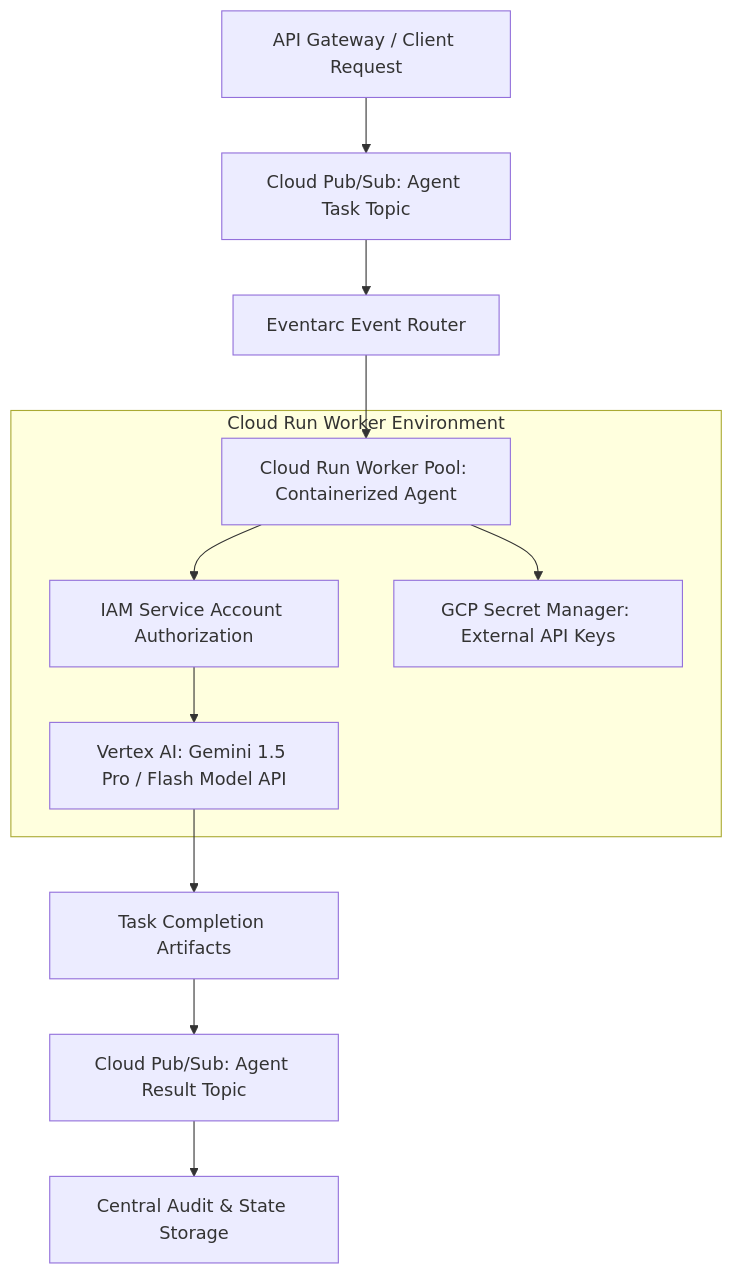
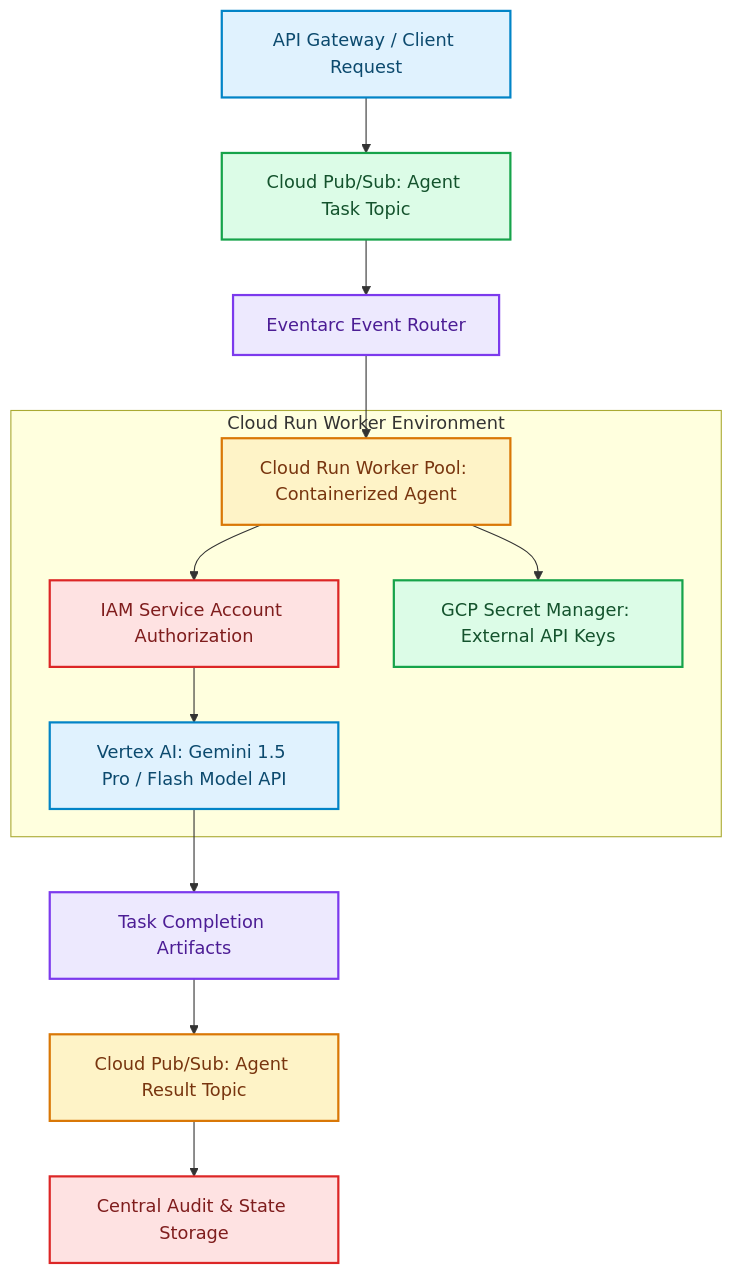
The diagram in blog/posts/gcp-enterprise-agentic-engineering-vertex-ai-cloud-run-eventarc.md (akmalkhaniub/akmalkhaniub.github.io), drawn with Mermaid before and after one commit. The commit also changed other lines of this file and 1291 other files, not shown here.

First line of the commit message:
feat(catalog): unique covers, scholarly references, and diagram palettes

````diff
--- a/blog/posts/gcp-enterprise-agentic-engineering-vertex-ai-cloud-run-eventarc.md
+++ b/blog/posts/gcp-enterprise-agentic-engineering-vertex-ai-cloud-run-eventarc.md
@@ -17,16 +17,27 @@
 ```mermaid
 flowchart TD
-  A[API Gateway / Client Request] --> B[Cloud Pub/Sub: Agent Task Topic]
-  B --> C[Eventarc Event Router]
-  C --> D[Cloud Run Worker Pool: Containerized Agent]
+  A["API Gateway / Client Request"] --> B["Cloud Pub/Sub: Agent Task Topic"]
+  B --> C["Eventarc Event Router"]
+  C --> D["Cloud Run Worker Pool: Containerized Agent"]
   
   subgraph SG1_CloudRunWorker ["Cloud Run Worker Environment"]
-    D --> E[IAM Service Account Authorization]
-    E --> F[Vertex AI: Gemini 1.5 Pro / Flash Model API]
-    D --> G[GCP Secret Manager: External API Keys]
+    D --> E["IAM Service Account Authorization"]
+    E --> F["Vertex AI: Gemini 1.5 Pro / Flash Model API"]
+    D --> G["GCP Secret Manager: External API Keys"]
   end
   
-  F --> H[Task Completion Artifacts]
-  H --> I[Cloud Pub/Sub: Agent Result Topic]
-  I --> J[Central Audit & State Storage]
+  F --> H["Task Completion Artifacts"]
+  H --> I["Cloud Pub/Sub: Agent Result Topic"]
+  I --> J["Central Audit & State Storage"]
+
+classDef green fill:#dcfce7,stroke:#16a34a,stroke-width:2px,color:#14532d;
+classDef red fill:#fee2e2,stroke:#dc2626,stroke-width:2px,color:#7f1d1d;
+classDef blue fill:#e0f2fe,stroke:#0284c7,stroke-width:2px,color:#0c4a6e;
+classDef yellow fill:#fef3c7,stroke:#d97706,stroke-width:2px,color:#78350f;
+classDef purple fill:#ede9fe,stroke:#7c3aed,stroke-width:2px,color:#4c1d95;
+class A,F blue
+class B,G green
+class C,H purple
+class D,I yellow
+class E,J red
 ```
````
